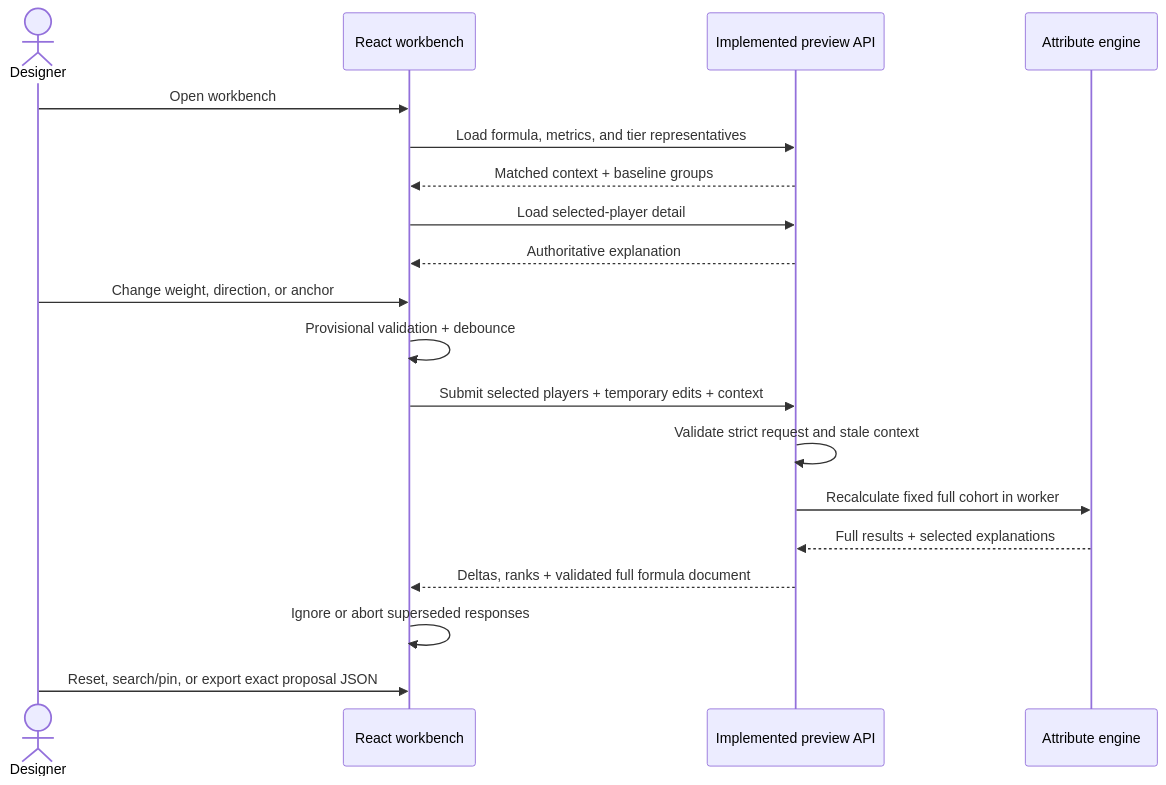
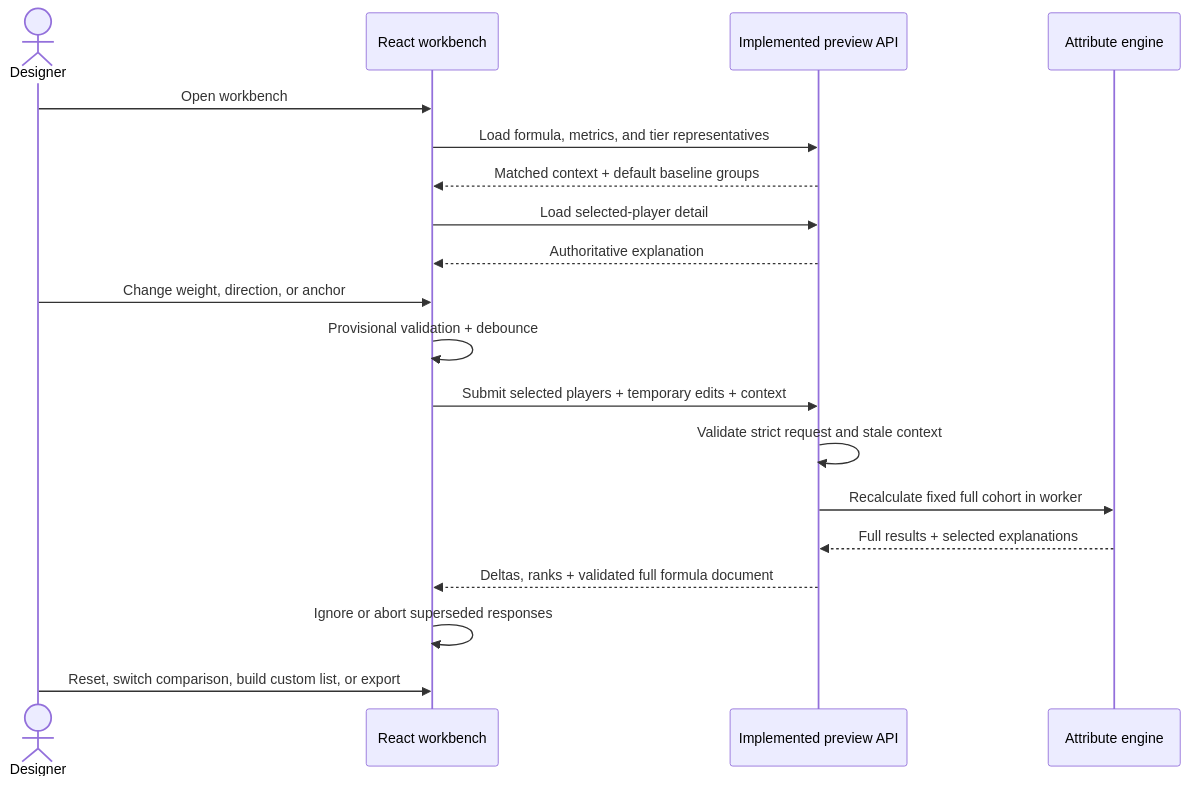
The fourth of 4 diagrams in docs/presentations/PLAYER_GENERATOR_TECHNICAL_OVERVIEW.md (jimmie-potts/player-generator), drawn with Mermaid before and after one commit. The commit also changed other lines of this file and 34 other files, not shown here.

````diff
--- a/docs/presentations/PLAYER_GENERATOR_TECHNICAL_OVERVIEW.md
+++ b/docs/presentations/PLAYER_GENERATOR_TECHNICAL_OVERVIEW.md
@@ -440,22 +442,22 @@
 ```mermaid
 sequenceDiagram
     actor Designer
     participant UI as React workbench
     participant API as Implemented preview API
     participant Engine as Attribute engine
 
     Designer->>UI: Open workbench
     UI->>API: Load formula, metrics, and tier representatives
-    API-->>UI: Matched context + baseline groups
+    API-->>UI: Matched context + default baseline groups
     UI->>API: Load selected-player detail
     API-->>UI: Authoritative explanation
     Designer->>UI: Change weight, direction, or anchor
     UI->>UI: Provisional validation + debounce
     UI->>API: Submit selected players + temporary edits + context
     API->>API: Validate strict request and stale context
     API->>Engine: Recalculate fixed full cohort in worker
     Engine-->>API: Full results + selected explanations
     API-->>UI: Deltas, ranks + validated full formula document
     UI->>UI: Ignore or abort superseded responses
-    Designer->>UI: Reset, search/pin, or export exact proposal JSON
+    Designer->>UI: Reset, switch comparison, build custom list, or export
 ```
````
